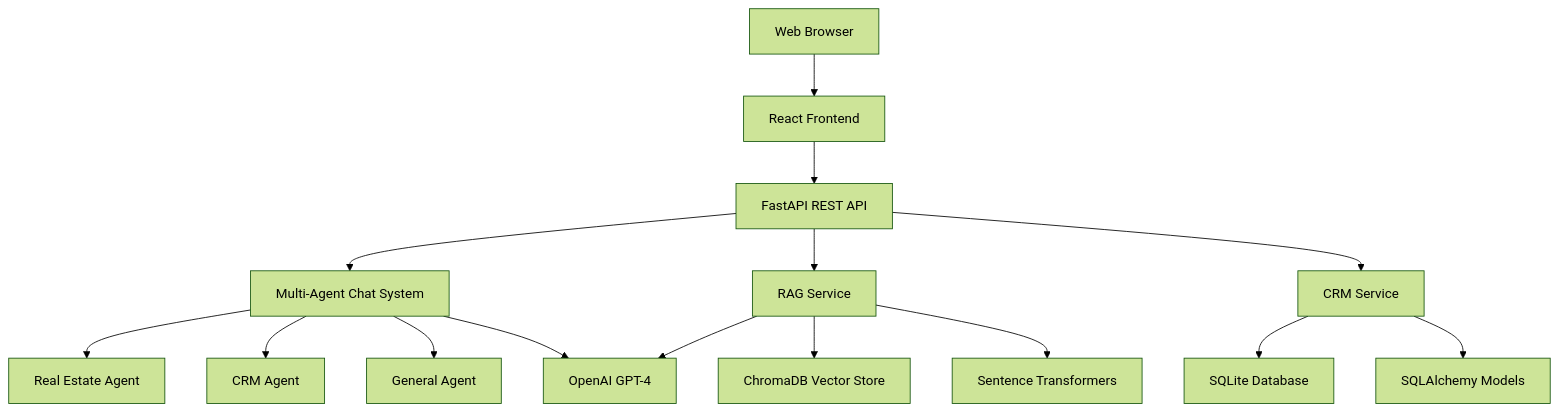
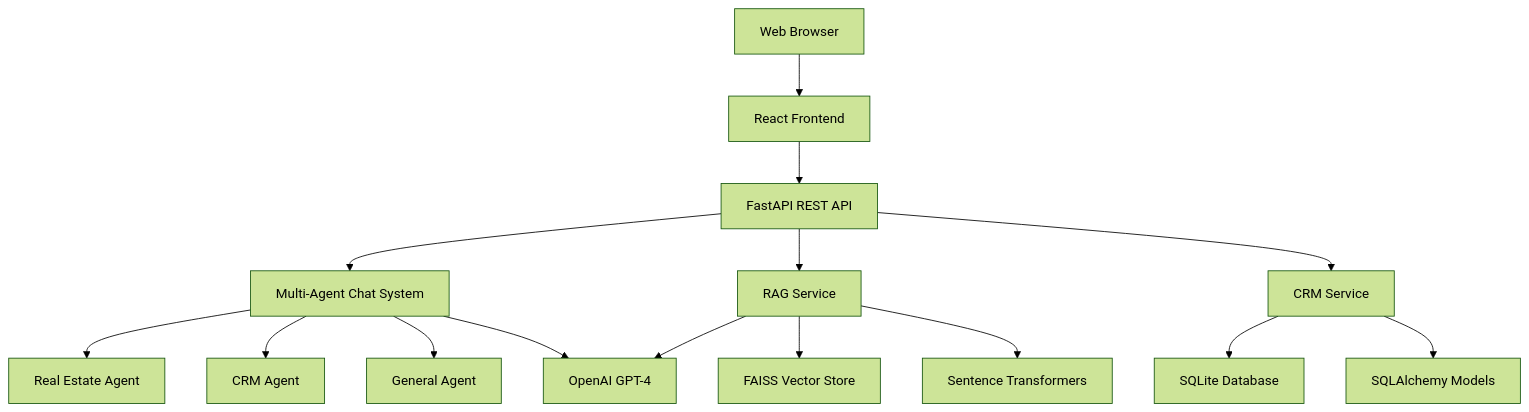
Before and after one commit to Venkatalakshmikottapalli/multi-agentic-conversation-ai-system: the first of 2 diagrams in README.md, drawn with Mermaid (forest theme). The commit also changed other lines of this file and 2 other files, not shown here.

First line of the commit message:
Complete migration from ChromaDB to FAISS: Update tests and documentation

````diff
--- a/README.md
+++ b/README.md
@@ -39,21 +39,21 @@
 ```mermaid
 graph TB
     Browser[Web Browser] --> Frontend[React Frontend]
     Frontend --> API[FastAPI REST API]
     API --> ChatAgent[Multi-Agent Chat System]
     API --> RAG[RAG Service]
     API --> CRM[CRM Service]
     
     ChatAgent --> RealEstateAgent[Real Estate Agent]
     ChatAgent --> CRMAgent[CRM Agent]
     ChatAgent --> GeneralAgent[General Agent]
     
-    RAG --> ChromaDB[ChromaDB Vector Store]
+    RAG --> FAISS[FAISS Vector Store]
     RAG --> Embeddings[Sentence Transformers]
     
     CRM --> SQLite[SQLite Database]
     CRM --> Models[SQLAlchemy Models]
     
     ChatAgent --> OpenAI[OpenAI GPT-4]
     RAG --> OpenAI
 ```
````
